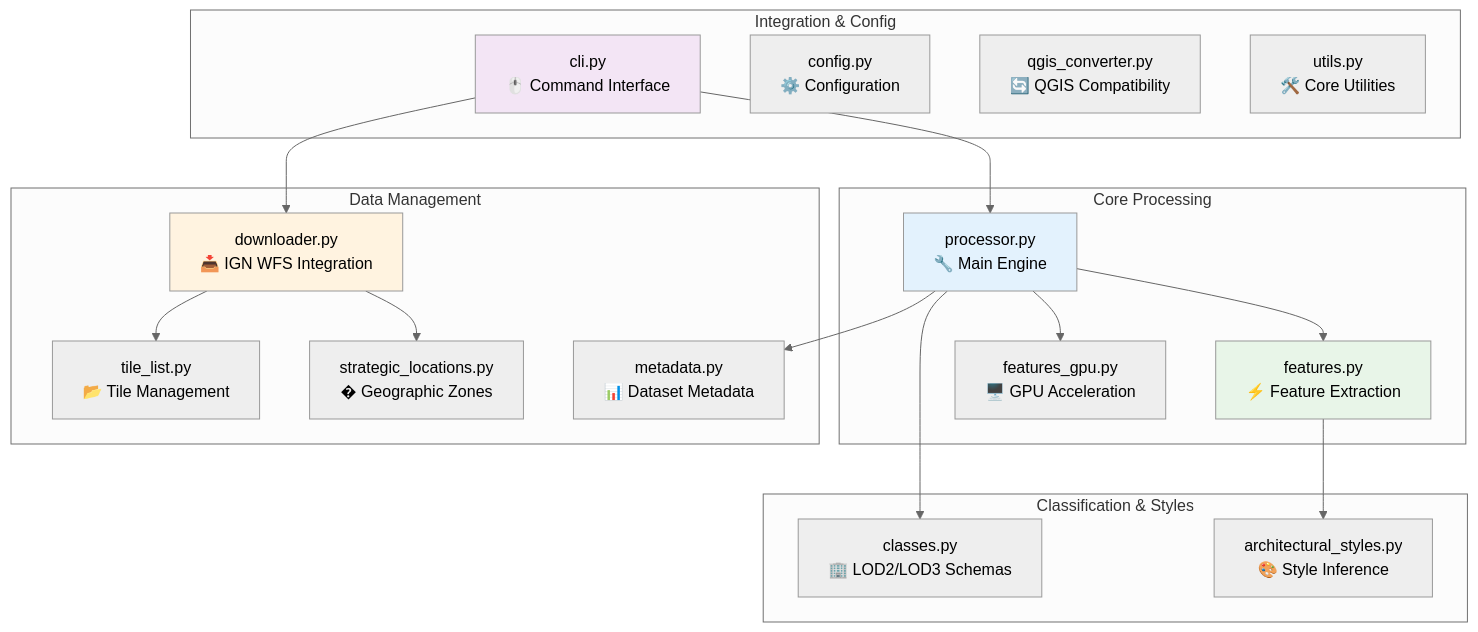
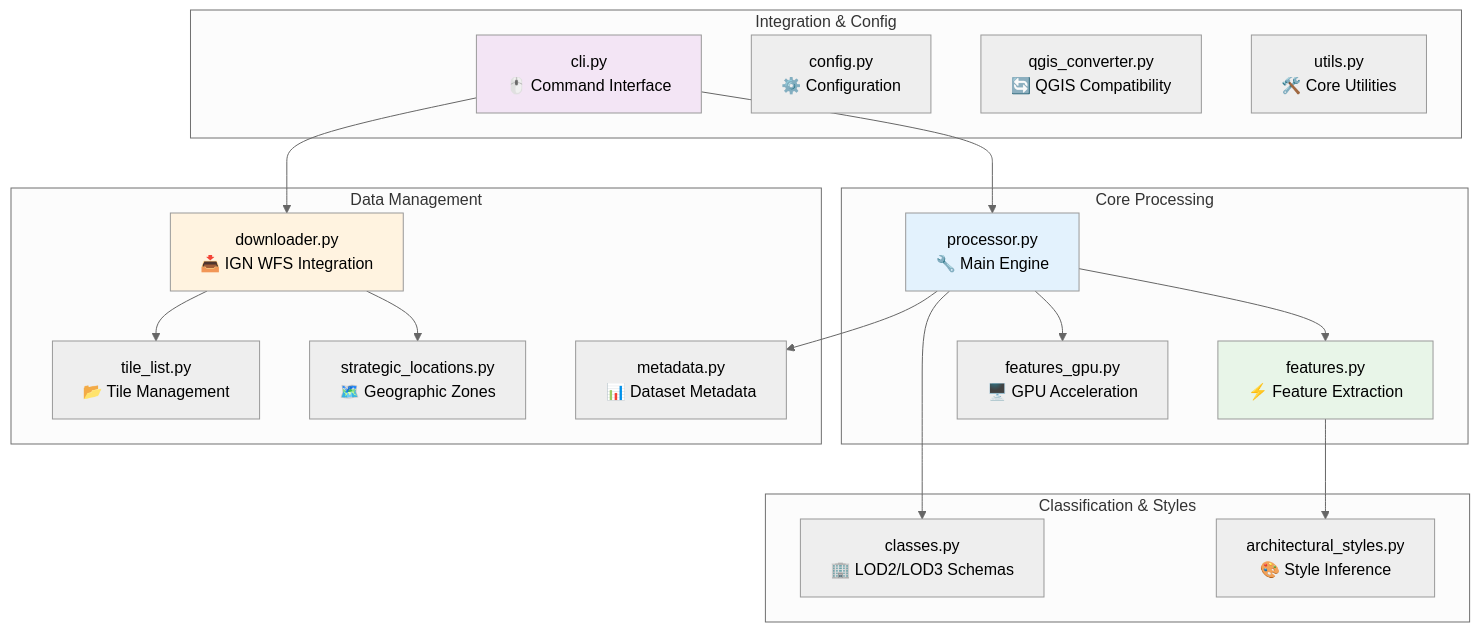
Before and after one commit to sducournau/IGN_LIDAR_HD_DATASET: the second of 3 diagrams in README.md, drawn with Mermaid (neutral theme). The commit also changed other lines of this file, not shown here.

````diff
--- a/README.md
+++ b/README.md
@@ -379,42 +410,42 @@
 ```mermaid
 graph TB
     subgraph "Core Processing"
         P[processor.py<br/>🔧 Main Engine]
         F[features.py<br/>⚡ Feature Extraction]
         GPU[features_gpu.py<br/>🖥️ GPU Acceleration]
     end
 
     subgraph "Data Management"
         D[downloader.py<br/>📥 IGN WFS Integration]
         TL[tile_list.py<br/>📂 Tile Management]
-        SL[strategic_locations.py<br/>�️ Geographic Zones]
+        SL[strategic_locations.py<br/>🗺️ Geographic Zones]
         MD[metadata.py<br/>📊 Dataset Metadata]
     end
 
     subgraph "Classification & Styles"
         C[classes.py<br/>🏢 LOD2/LOD3 Schemas]
         AS[architectural_styles.py<br/>🎨 Style Inference]
     end
 
     subgraph "Integration & Config"
         CLI[cli.py<br/>🖱️ Command Interface]
         CFG[config.py<br/>⚙️ Configuration]
         QGIS[qgis_converter.py<br/>🔄 QGIS Compatibility]
         U[utils.py<br/>🛠️ Core Utilities]
     end
 
     CLI --> P
     CLI --> D
     P --> F
     P --> GPU
     P --> C
     F --> AS
     D --> TL
     D --> SL
     P --> MD
 
     style P fill:#e3f2fd
     style F fill:#e8f5e8
     style D fill:#fff3e0
     style CLI fill:#f3e5f5
 ```
````
